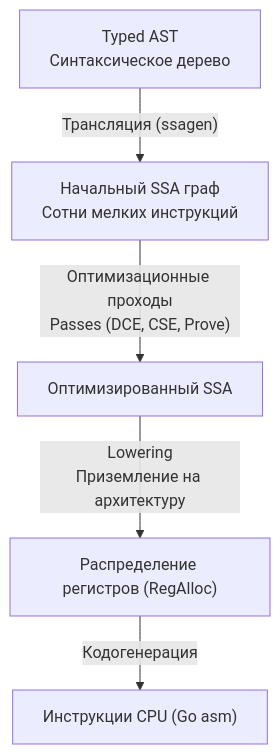
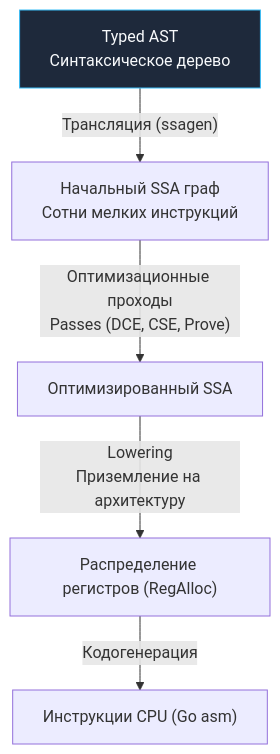
The diagram in sources/7. Глубокий Go (Внутреннее устройство)/4. SSA в Go. Как компилятор оптимизирует код.md (UnrealTemplier/go-textbook), drawn with Mermaid before and after one commit. The commit also changed 1666 other files, not shown here.

First line of the commit message:
feat(mermaid): add semantic color classDef to 1369 colorless flowchart/graph diagrams

````diff
--- a/sources/7. Глубокий Go (Внутреннее устройство)/4. SSA в Go. Как компилятор оптимизирует код.md
+++ b/sources/7. Глубокий Go (Внутреннее устройство)/4. SSA в Go. Как компилятор оптимизирует код.md
@@ -29,7 +29,17 @@
 ```mermaid
 flowchart TD
-    AST["Typed AST<br>Синтаксическое дерево"] -->|"Трансляция (ssagen)"| SSA_INIT["Начальный SSA граф<br>Сотни мелких инструкций"]
+    classDef process  fill:#1e293b,stroke:#38bdf8,stroke-width:1px,color:#f8fafc
+    classDef success  fill:#064e3b,stroke:#34d399,stroke-width:1px,color:#f8fafc
+    classDef error    fill:#7f1d1d,stroke:#f87171,stroke-width:1px,color:#f8fafc
+    classDef warning  fill:#78350f,stroke:#fbbf24,stroke-width:1px,color:#f8fafc
+    classDef entry    fill:#1e3a5f,stroke:#38bdf8,stroke-width:2px,color:#f8fafc
+    classDef aux      fill:#334155,stroke:#64748b,stroke-width:1px,color:#f8fafc
+    classDef system   fill:#312e81,stroke:#a78bfa,stroke-width:1px,color:#f8fafc
+    classDef data     fill:#132d29,stroke:#2dd4bf,stroke-width:1px,color:#f8fafc
+    classDef network  fill:#881337,stroke:#fb7185,stroke-width:1px,color:#f8fafc
+    classDef accent   fill:#1e1b4b,stroke:#818cf8,stroke-width:1px,color:#f8fafc
+    AST["Typed AST<br>Синтаксическое дерево"]:::process -->|"Трансляция (ssagen)"| SSA_INIT["Начальный SSA граф<br>Сотни мелких инструкций"]
     SSA_INIT -->|"Оптимизационные проходы<br>Passes (DCE, CSE, Prove)"| SSA_OPT["Оптимизированный SSA"]
     SSA_OPT -->|"Lowering<br>Приземление на архитектуру"| REGS["Распределение регистров (RegAlloc)"]
     REGS -->|"Кодогенерация"| ASM["Инструкции CPU (Go asm)"]
 ```
````
